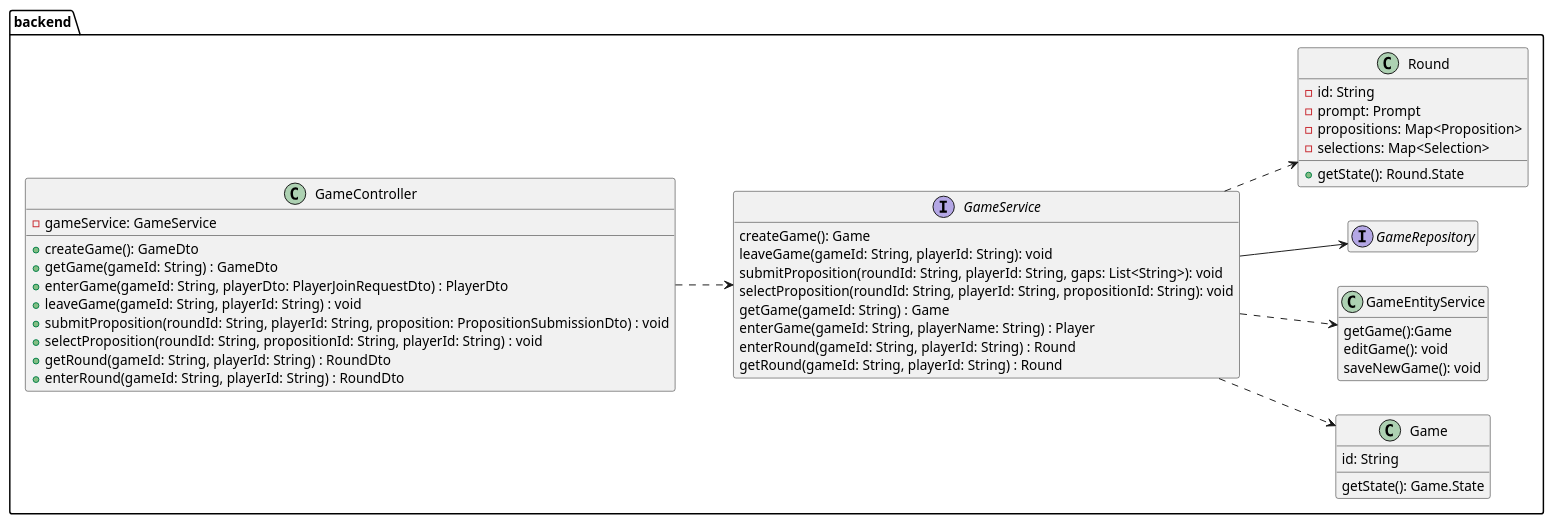
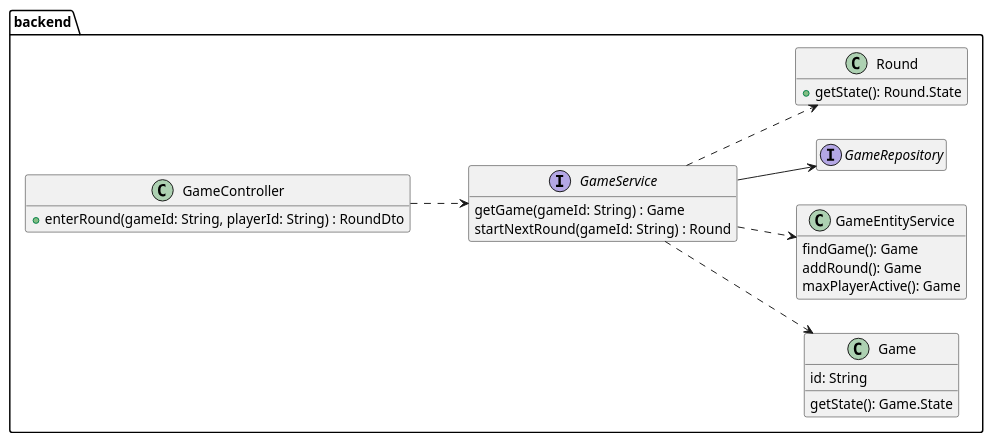
Before and after one commit to patrickwinti/worldwidewalter: the diagram in docs/diagrams/smol/DCD_start_new_round.plantuml, drawn with PlantUML.

Commit message:
DCD Start new round corrected

```diff
--- a/docs/diagrams/smol/DCD_start_new_round.plantuml
+++ b/docs/diagrams/smol/DCD_start_new_round.plantuml
@@ -1,62 +1,47 @@
 @startuml
 package backend{
     left to right direction
 
     hide empty members
    class GameController {
-        -gameService: GameService
-        +createGame(): GameDto
-        +getGame(gameId: String) : GameDto
-        +enterGame(gameId: String, playerDto: PlayerJoinRequestDto) : PlayerDto
-        +leaveGame(gameId: String, playerId: String) : void
-        +submitProposition(roundId: String, playerId: String, proposition: PropositionSubmissionDto) : void
-        +selectProposition(roundId: String, propositionId: String, playerId: String) : void
-        +getRound(gameId: String, playerId: String) : RoundDto
         +enterRound(gameId: String, playerId: String) : RoundDto
     }
 
     class Game {
         id: String
         getState(): Game.State
     }
 
     class GameEntityService {
-        getGame():Game
-        editGame(): void
-        saveNewGame(): void
+        findGame(): Game
+        addRound(): Game
+        maxPlayerActive(): Game
+
+
     }
 
 
     interface GameRepository
 
    interface GameService{
-       createGame(): Game
-       leaveGame(gameId: String, playerId: String): void
-       submitProposition(roundId: String, playerId: String, gaps: List<String>): void
-       selectProposition(roundId: String, playerId: String, propositionId: String): void
        getGame(gameId: String) : Game
-       enterGame(gameId: String, playerName: String) : Player
-       enterRound(gameId: String, playerId: String) : Round
-       getRound(gameId: String, playerId: String) : Round
+       startNextRound(gameId: String) : Round
     }
+
     interface GameRepository
 
     class Round {
-        -id: String
-        -prompt: Prompt
-        -propositions: Map<Proposition>
-        -selections: Map<Selection>
         +getState(): Round.State
     }
 
     GameController..>GameService
 
 
     GameService ..> Game
     GameService ..> Round
     GameService --> GameRepository
     GameService ..> GameEntityService
 
 
 }
 @enduml
```
